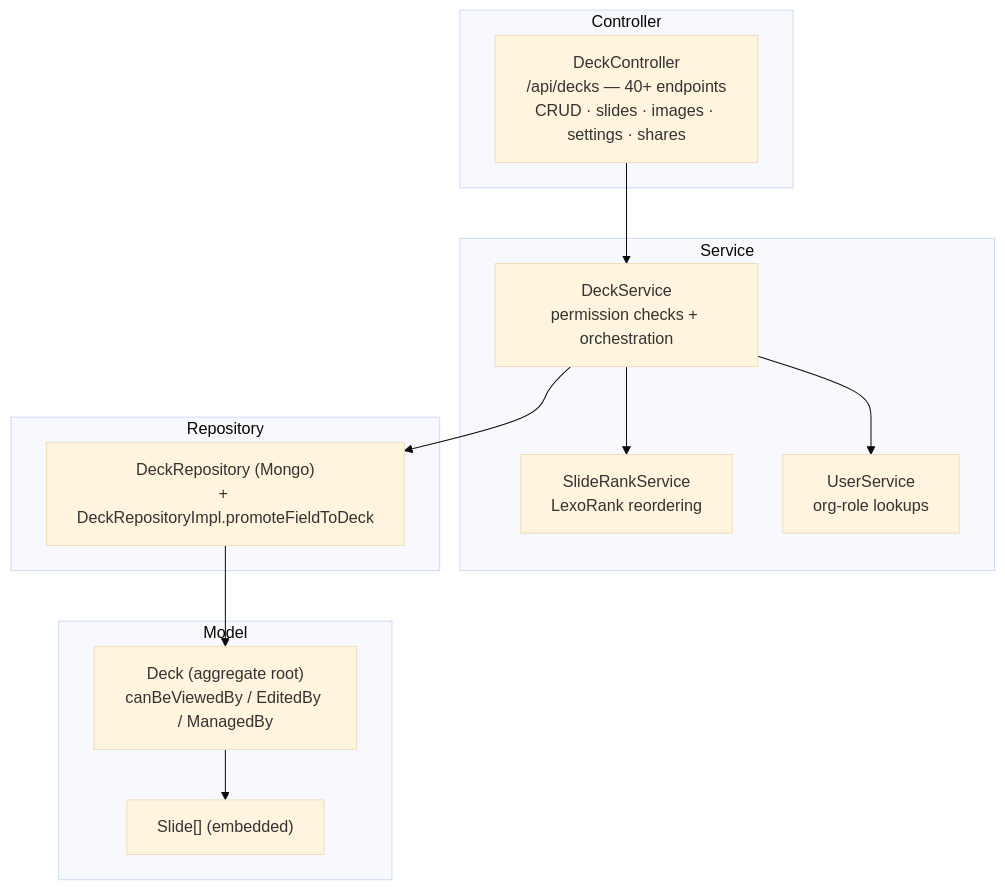
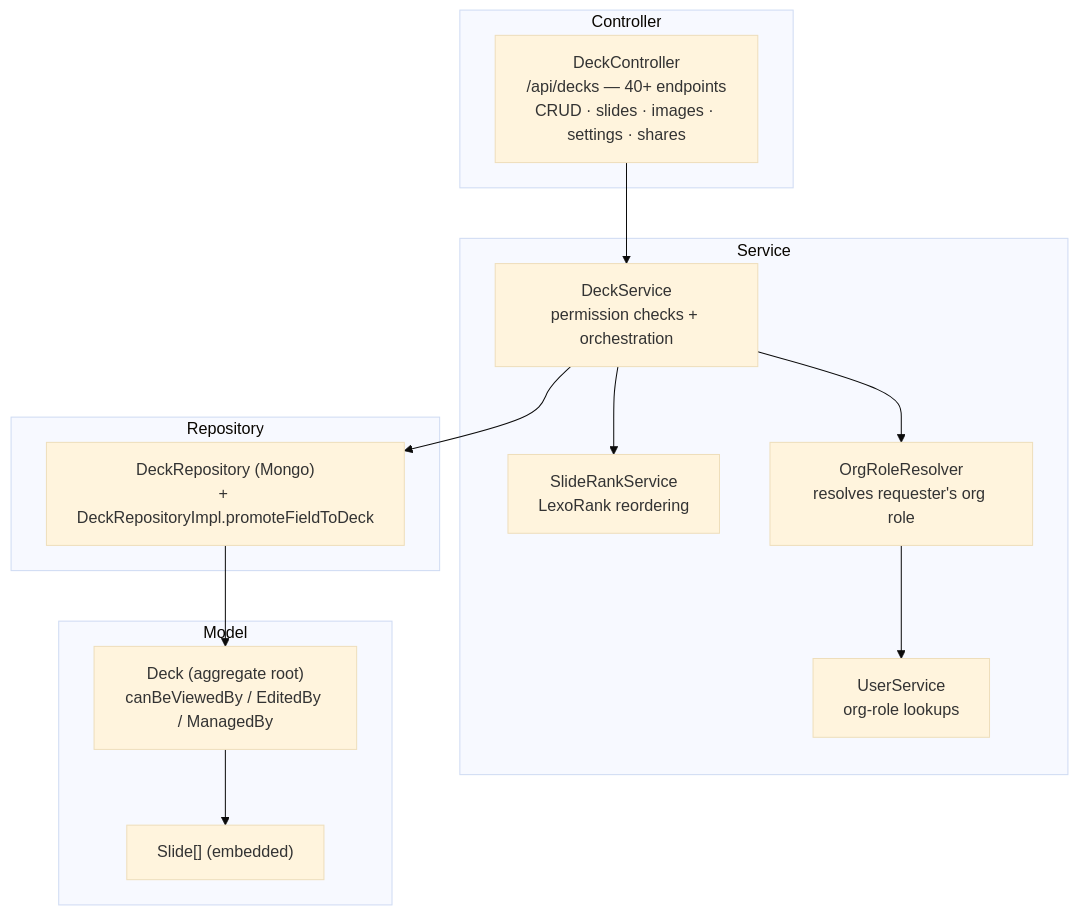
One commit to Saganaut/ambi changed the first of 6 diagrams in z-docs/diagrams/deck-authoring.md. Above: the diagram before and after it, drawn with Mermaid (base theme). The commit also changed other lines of this file and 5 other files, not shown here.

Commit message:
docs(diagrams): correct auth, collaboration, deck-authoring, domain-model, frontend-architecture, index

````diff
--- a/z-docs/diagrams/deck-authoring.md
+++ b/z-docs/diagrams/deck-authoring.md
@@ -15,25 +15,27 @@
 ```mermaid
 flowchart TB
     subgraph ctrl["Controller"]
         DC["DeckController<br/>/api/decks — 40+ endpoints<br/>CRUD · slides · images · settings · shares"]
     end
     subgraph svc["Service"]
         DS["DeckService<br/>permission checks + orchestration"]
         SR["SlideRankService<br/>LexoRank reordering"]
+        ORR["OrgRoleResolver<br/>resolves requester's org role"]
         US["UserService<br/>org-role lookups"]
     end
     subgraph repo["Repository"]
         DR["DeckRepository (Mongo)<br/>+ DeckRepositoryImpl.promoteFieldToDeck"]
     end
     subgraph model["Model"]
         DECK["Deck (aggregate root)<br/>canBeViewedBy / EditedBy / ManagedBy"]
         SLIDE["Slide[] (embedded)"]
     end
 
     DC --> DS
     DS --> SR
-    DS --> US
+    DS --> ORR
+    ORR --> US
     DS --> DR
     DR --> DECK
     DECK --> SLIDE
 ```
````
